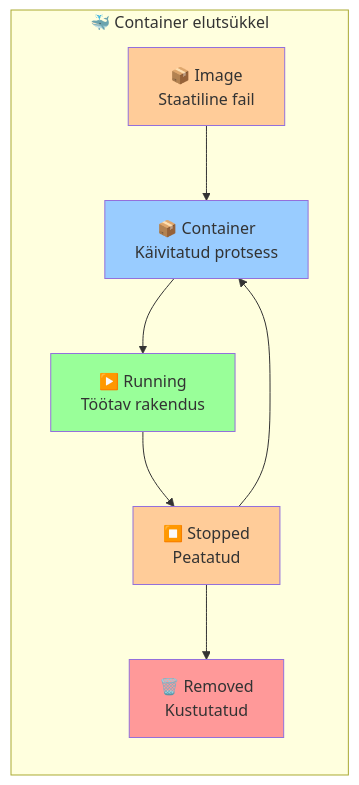
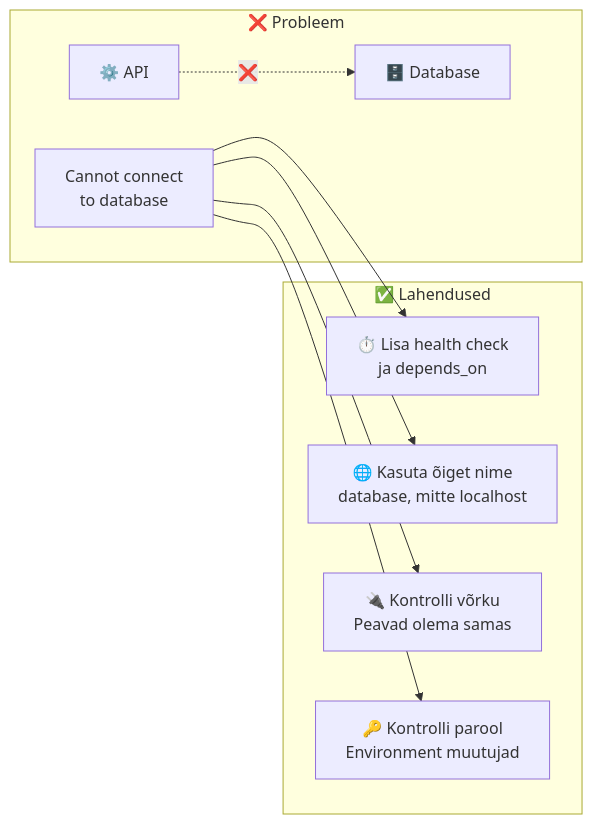
One commit to mtalvik/automatiseerimine_ext changed the ninth of 12 diagrams in docker_orchestration/lecture.md. Above: the diagram before and after it, drawn with Mermaid. The commit also changed other lines of this file, not shown here.

````diff
--- a/docker_orchestration/lecture.md
+++ b/docker_orchestration/lecture.md
@@ -649,22 +769,22 @@
 ```mermaid
 graph LR
-    subgraph "🐳 Container elutsükkel"
-        Image[📦 Image<br/>Staatiline fail]
-        Container[📦 Container<br/>Käivitatud protsess]
-        Running[▶️ Running<br/>Töötav rakendus]
-        Stopped[⏹️ Stopped<br/>Peatatud]
-        Removed[🗑️ Removed<br/>Kustutatud]
+    subgraph "❌ Probleem"
+        API[⚙️ API]
+        DB[🗄️ Database]
+        Error[Cannot connect<br/>to database]
+        
+        API -.->|"❌"| DB
     end
     
-    Image --> Container
-    Container --> Running
-    Running --> Stopped
-    Stopped --> Container
-    Stopped --> Removed
+    subgraph "✅ Lahendused"
+        Wait[⏱️ Lisa health check<br/>ja depends_on]
+        DNS[🌐 Kasuta õiget nime<br/>database, mitte localhost]
+        Network[🔌 Kontrolli võrku<br/>Peavad olema samas]
+        Creds[🔑 Kontrolli parool<br/>Environment muutujad]
+    end
     
-    style Image fill:#ffcc99
-    style Container fill:#99ccff
-    style Running fill:#99ff99
-    style Stopped fill:#ffcc99
-    style Removed fill:#ff9999
+    Error --> Wait
+    Error --> DNS
+    Error --> Network
+    Error --> Creds
 ```
````
